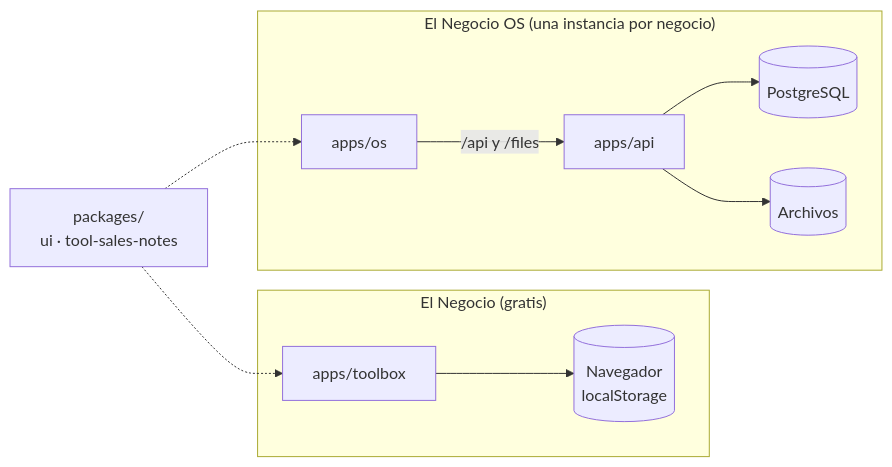
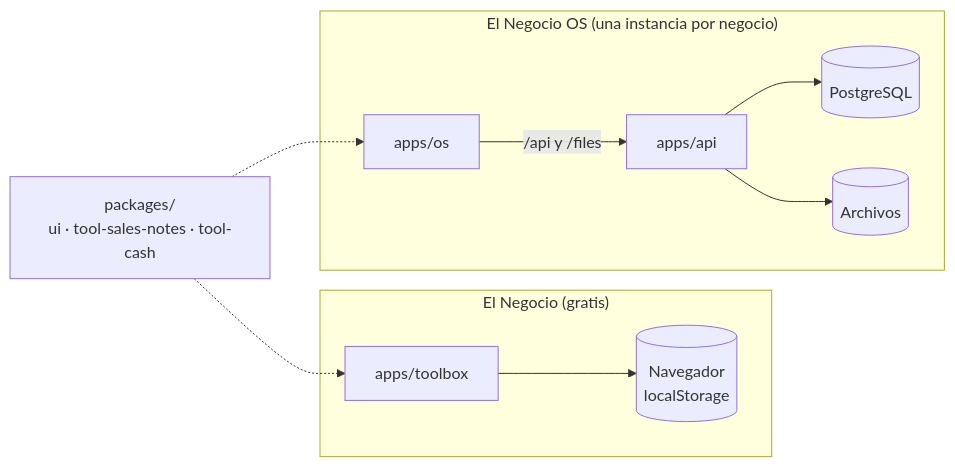
One commit to arm-code/el-negocio changed the diagram in README.md. Above: the diagram before and after it, drawn with Mermaid. The commit also changed other lines of this file and 36 other files, not shown here.

````diff
--- a/README.md
+++ b/README.md
@@ -44,17 +44,17 @@
 ```mermaid
 flowchart LR
-    PKG["packages/<br/>ui · tool-sales-notes"]
+    PKG["packages/<br/>ui · tool-sales-notes · tool-cash"]
 
     subgraph GRATIS["El Negocio (gratis)"]
         TB["apps/toolbox"] --> LS[("Navegador<br/>localStorage")]
     end
 
     subgraph INSTANCIA["El Negocio OS (una instancia por negocio)"]
         OS["apps/os"] -->|"/api y /files"| API["apps/api"]
         API --> PG[("PostgreSQL")]
         API --> FS[("Archivos")]
     end
 
     PKG -.-> TB
     PKG -.-> OS
 ```
````
